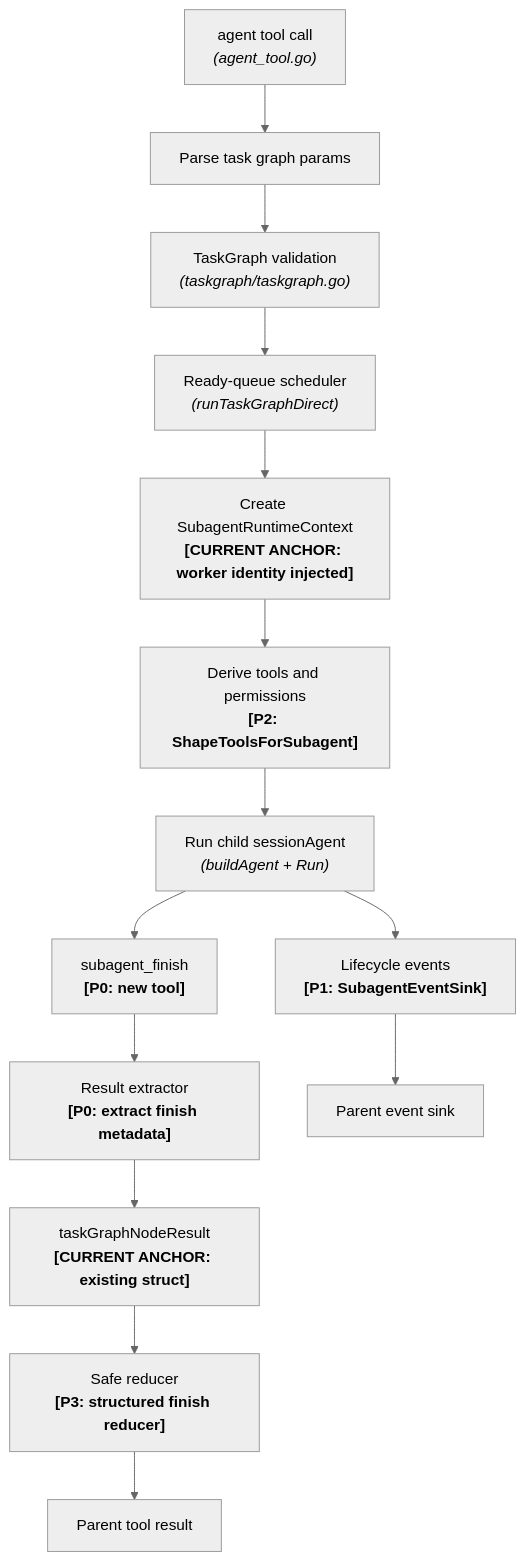
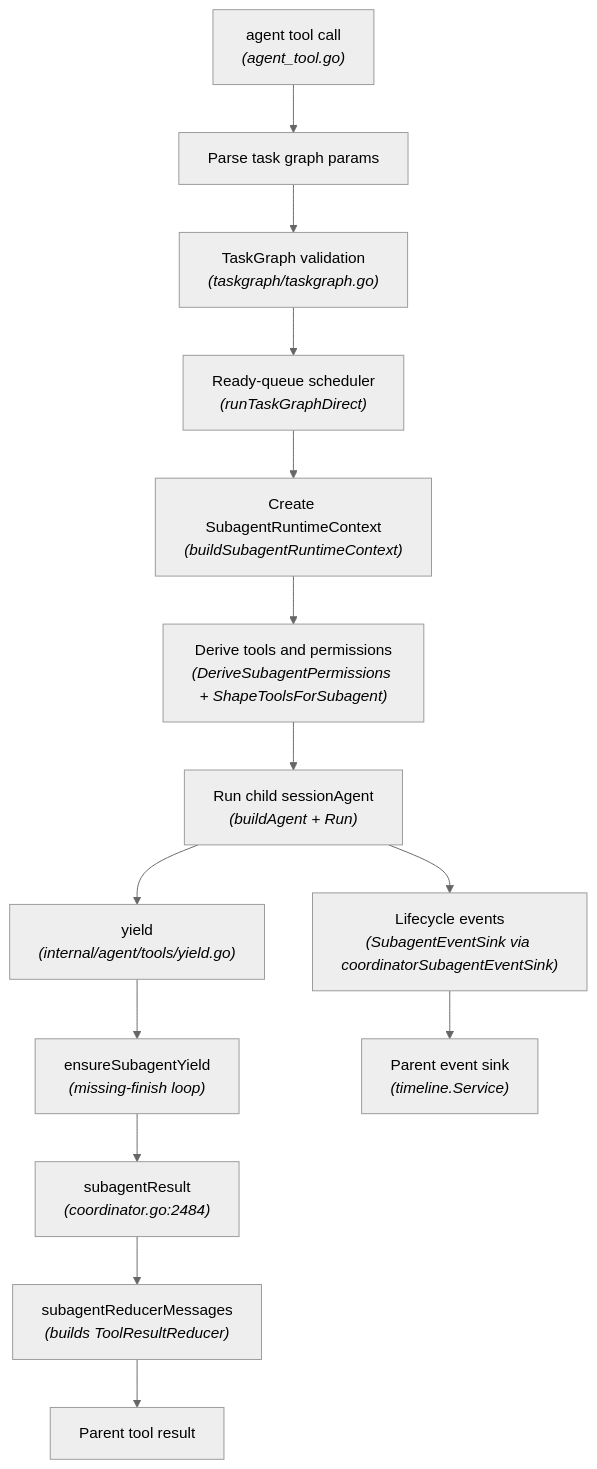
Before and after one commit to meimingqi222/crush-fork: the diagram in docs/subagent-runtime-spec.md, drawn with Mermaid (neutral theme). The commit also changed other lines of this file and 6 other files, not shown here.

````diff
--- a/docs/subagent-runtime-spec.md
+++ b/docs/subagent-runtime-spec.md
@@ -153,16 +176,16 @@
 ```mermaid
 flowchart TD
     AgentTool["agent tool call<br/><i>(agent_tool.go)</i>"] --> Parse["Parse task graph params"]
     Parse --> Validate["TaskGraph validation<br/><i>(taskgraph/taskgraph.go)</i>"]
     Validate --> Scheduler["Ready-queue scheduler<br/><i>(runTaskGraphDirect)</i>"]
-    Scheduler --> Runtime["Create SubagentRuntimeContext<br/><b>[CURRENT ANCHOR: worker identity injected]</b>"]
-    Runtime --> Profiles["Derive tools and permissions<br/><b>[P2: ShapeToolsForSubagent]</b>"]
+    Scheduler --> Runtime["Create SubagentRuntimeContext<br/><i>(buildSubagentRuntimeContext)</i>"]
+    Runtime --> Profiles["Derive tools and permissions<br/><i>(DeriveSubagentPermissions + ShapeToolsForSubagent)</i>"]
     Profiles --> Child["Run child sessionAgent<br/><i>(buildAgent + Run)</i>"]
-    Child --> Finish["subagent_finish<br/><b>[P0: new tool]</b>"]
-    Child --> Events["Lifecycle events<br/><b>[P1: SubagentEventSink]</b>"]
-    Finish --> Extract["Result extractor<br/><b>[P0: extract finish metadata]</b>"]
-    Events --> ParentEvents["Parent event sink"]
-    Extract --> NodeResult["taskGraphNodeResult<br/><b>[CURRENT ANCHOR: existing struct]</b>"]
-    NodeResult --> Reducer["Safe reducer<br/><b>[P3: structured finish reducer]</b>"]
+    Child --> Finish["yield<br/><i>(internal/agent/tools/yield.go)</i>"]
+    Child --> Events["Lifecycle events<br/><i>(SubagentEventSink via coordinatorSubagentEventSink)</i>"]
+    Finish --> Extract["ensureSubagentYield<br/><i>(missing-finish loop)</i>"]
+    Events --> ParentEvents["Parent event sink<br/><i>(timeline.Service)</i>"]
+    Extract --> NodeResult["subagentResult<br/><i>(coordinator.go:2484)</i>"]
+    NodeResult --> Reducer["subagentReducerMessages<br/><i>(builds ToolResultReducer)</i>"]
     Reducer --> Parent["Parent tool result"]
 ```
````
